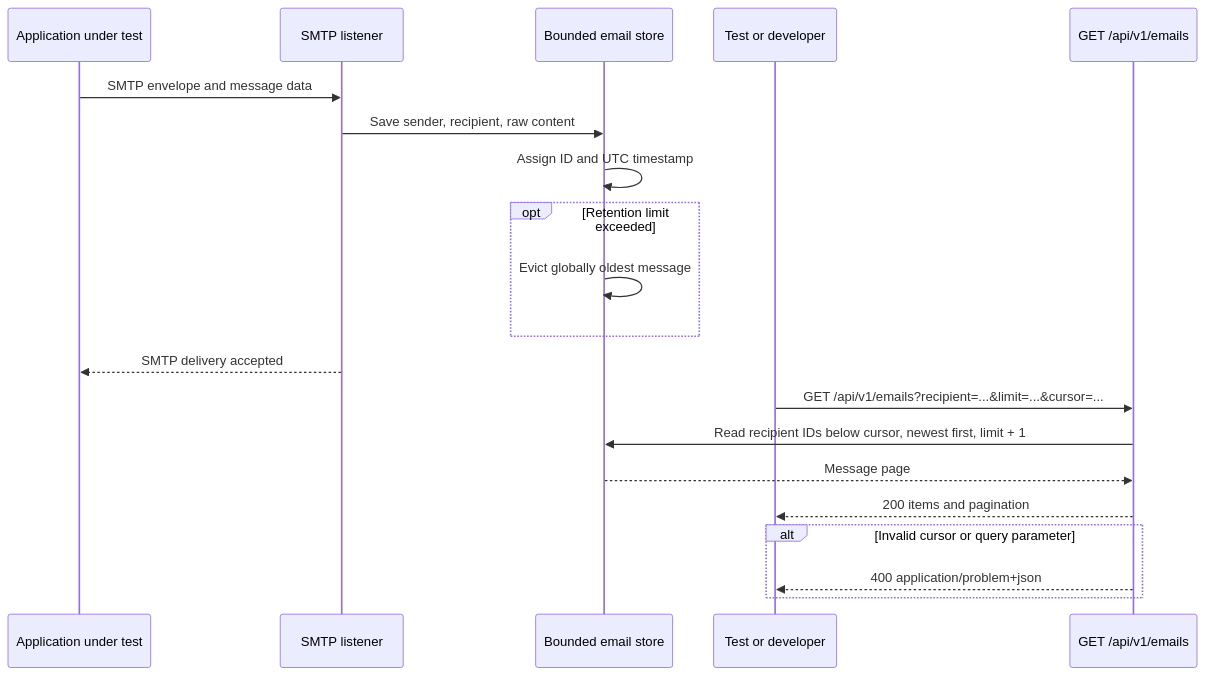
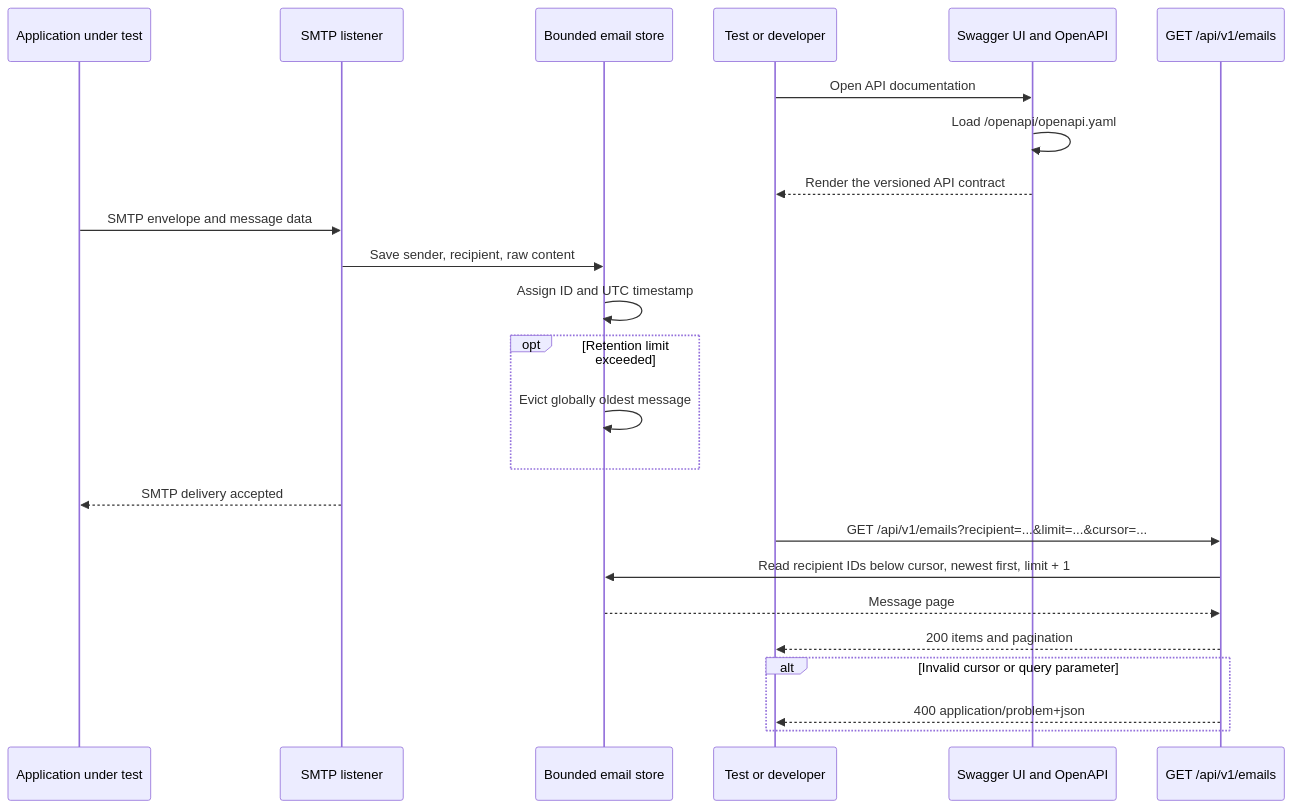
The diagram in resources/docs/email-capture/feature.md (maxbalan/dummy-smtp-server), drawn with Mermaid before and after one commit. The commit also changed other lines of this file and 52 other files, not shown here.

Commit message:
[1.0.1]   Bugs     - Fix Swagger UI contract loading by serving the packaged OpenAPI document from its configured endpoint

````diff
--- a/resources/docs/email-capture/feature.md
+++ b/resources/docs/email-capture/feature.md
@@ -31,25 +32,30 @@
 ```mermaid
 sequenceDiagram
     participant Client as Application under test
     participant SMTP as SMTP listener
     participant Store as Bounded email store
     participant APIClient as Test or developer
+    participant Docs as Swagger UI and OpenAPI
     participant API as GET /api/v1/emails
+
+    APIClient->>Docs: Open API documentation
+    Docs->>Docs: Load /openapi/openapi.yaml
+    Docs-->>APIClient: Render the versioned API contract
 
     Client->>SMTP: SMTP envelope and message data
     SMTP->>Store: Save sender, recipient, raw content
     Store->>Store: Assign ID and UTC timestamp
     opt Retention limit exceeded
         Store->>Store: Evict globally oldest message
     end
     SMTP-->>Client: SMTP delivery accepted
 
     APIClient->>API: GET /api/v1/emails?recipient=...&limit=...&cursor=...
     API->>Store: Read recipient IDs below cursor, newest first, limit + 1
     Store-->>API: Message page
     API-->>APIClient: 200 items and pagination
 
     alt Invalid cursor or query parameter
         API-->>APIClient: 400 application/problem+json
     end
 ```
````
